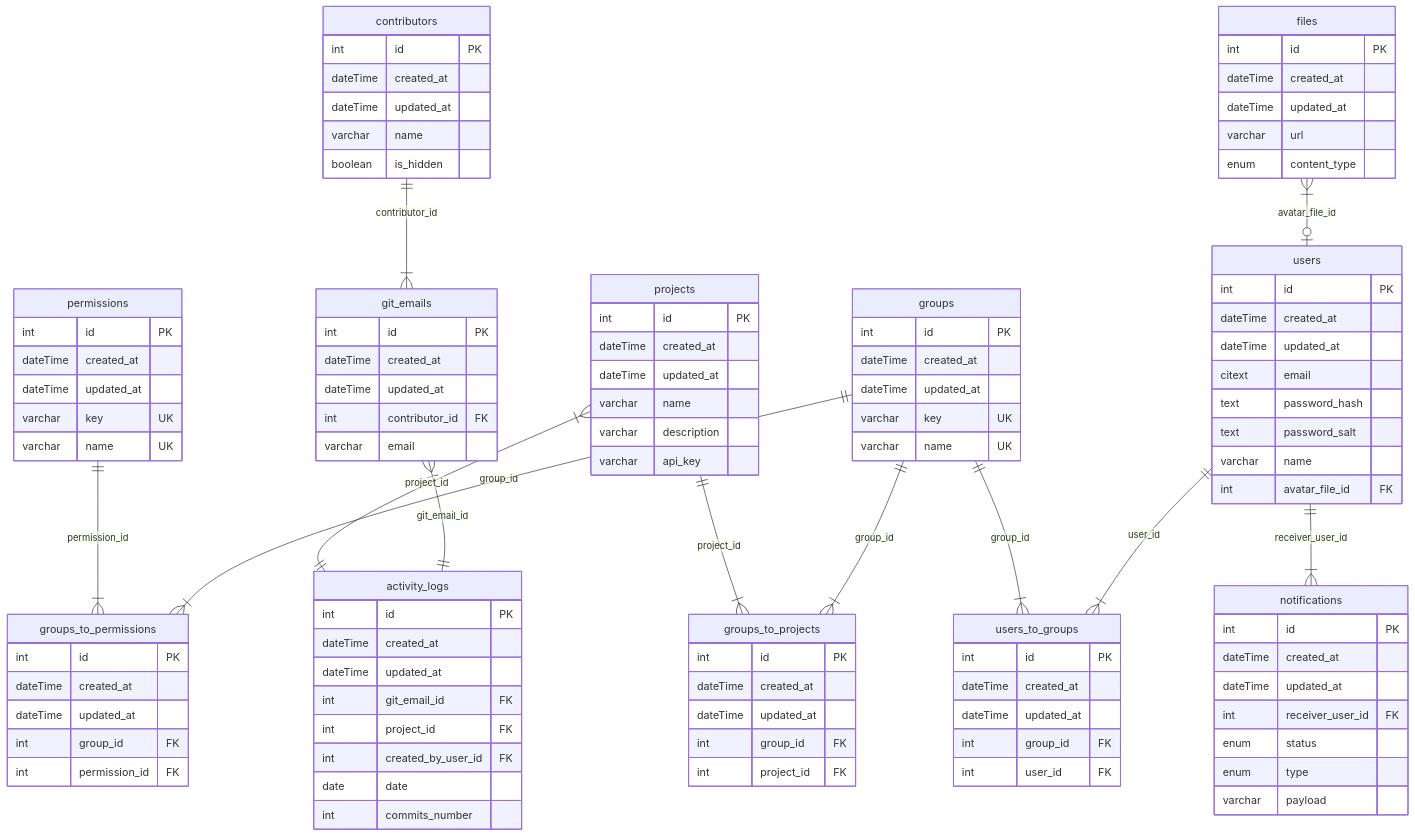
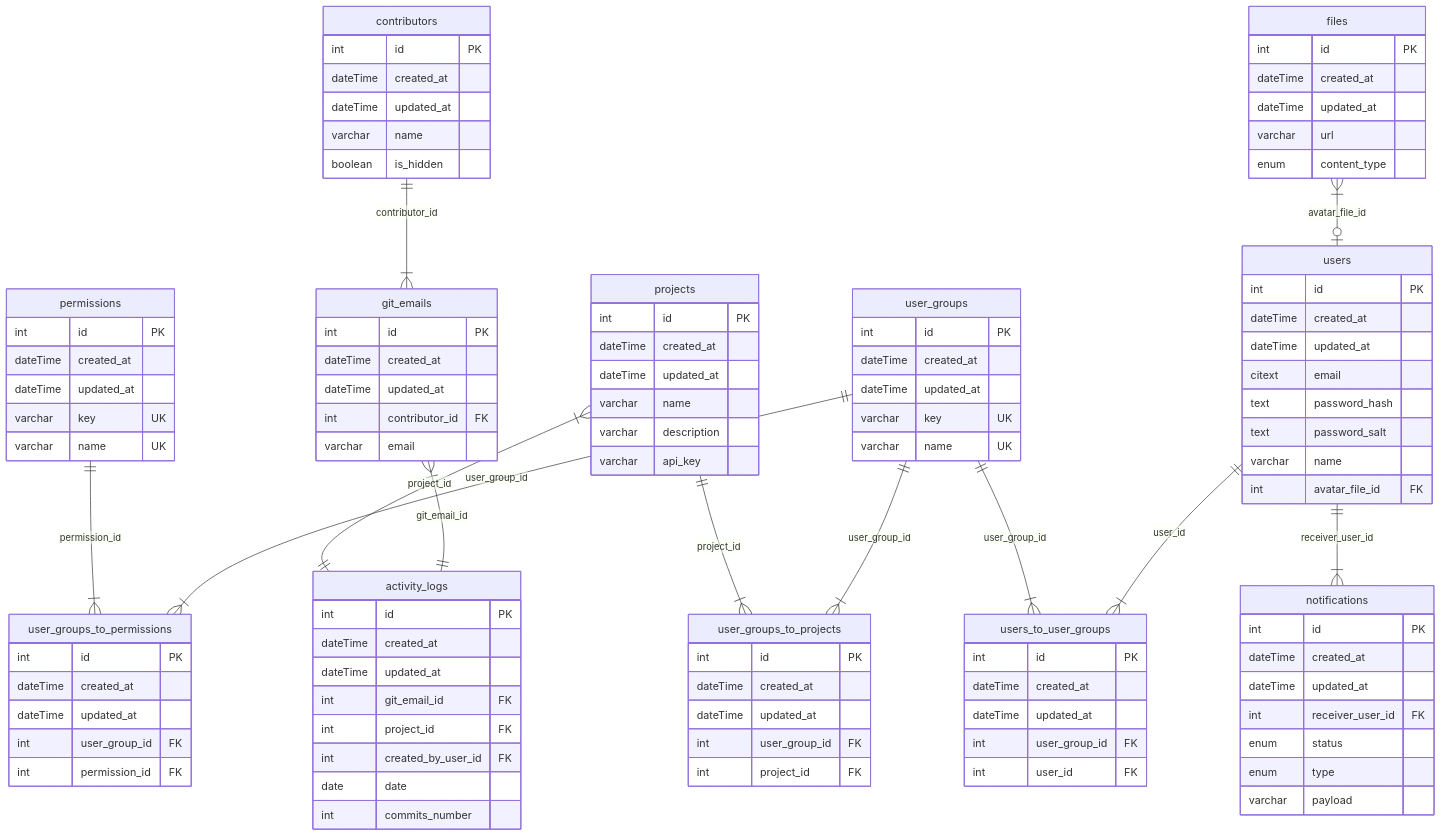
The diagram in readme.md (BinaryStudioAcademy/bsa-2024-gitfit), drawn with Mermaid before and after one commit.

Commit message:
docs: update 'groups' to 'user_groups' gf-53

```diff
--- a/readme.md
+++ b/readme.md
@@ -33,7 +33,7 @@
       int avatar_file_id FK
    }
 
-   groups {
+   user_groups {
       int id PK
       dateTime created_at
       dateTime updated_at
@@ -41,11 +41,11 @@
       varchar name UK
    }
 
-   users_to_groups {
+   users_to_user_groups {
       int id PK
       dateTime created_at
       dateTime updated_at
-      int group_id FK
+      int user_group_id FK
       int user_id FK
    }
 
@@ -57,11 +57,11 @@
       varchar name UK
    }
 
-   groups_to_permissions {
+   user_groups_to_permissions {
       int id PK
       dateTime created_at
       dateTime updated_at
-      int group_id FK
+      int user_group_id FK
       int permission_id FK
    }
 
@@ -74,11 +74,11 @@
       varchar api_key
    }
 
-   groups_to_projects {
+   user_groups_to_projects {
       int id PK
       dateTime created_at
       dateTime updated_at
-      int group_id FK
+      int user_group_id FK
       int project_id FK
    }
 
@@ -129,14 +129,14 @@
 
    files }|--|o users : avatar_file_id
 
-   groups ||--|{ groups_to_permissions : group_id
-   permissions ||--|{ groups_to_permissions : permission_id
+   user_groups ||--|{ user_groups_to_permissions : user_group_id
+   permissions ||--|{ user_groups_to_permissions : permission_id
 
-   groups ||--|{ groups_to_projects : group_id
-   projects ||--|{ groups_to_projects : project_id
+   user_groups ||--|{ user_groups_to_projects : user_group_id
+   projects ||--|{ user_groups_to_projects : project_id
 
-   users ||--|{ users_to_groups : user_id
-   groups ||--|{ users_to_groups : group_id
+   users ||--|{ users_to_user_groups : user_id
+   user_groups ||--|{ users_to_user_groups : user_group_id
 
    contributors ||--|{ git_emails : contributor_id
 
```
